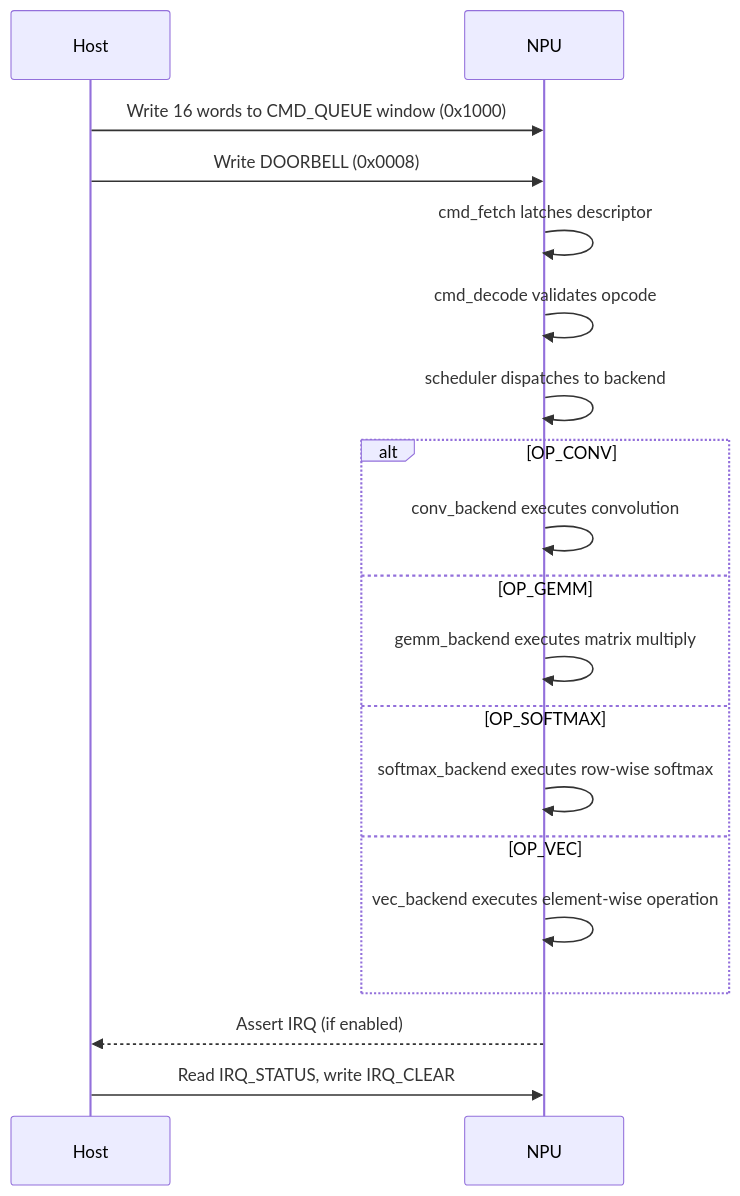
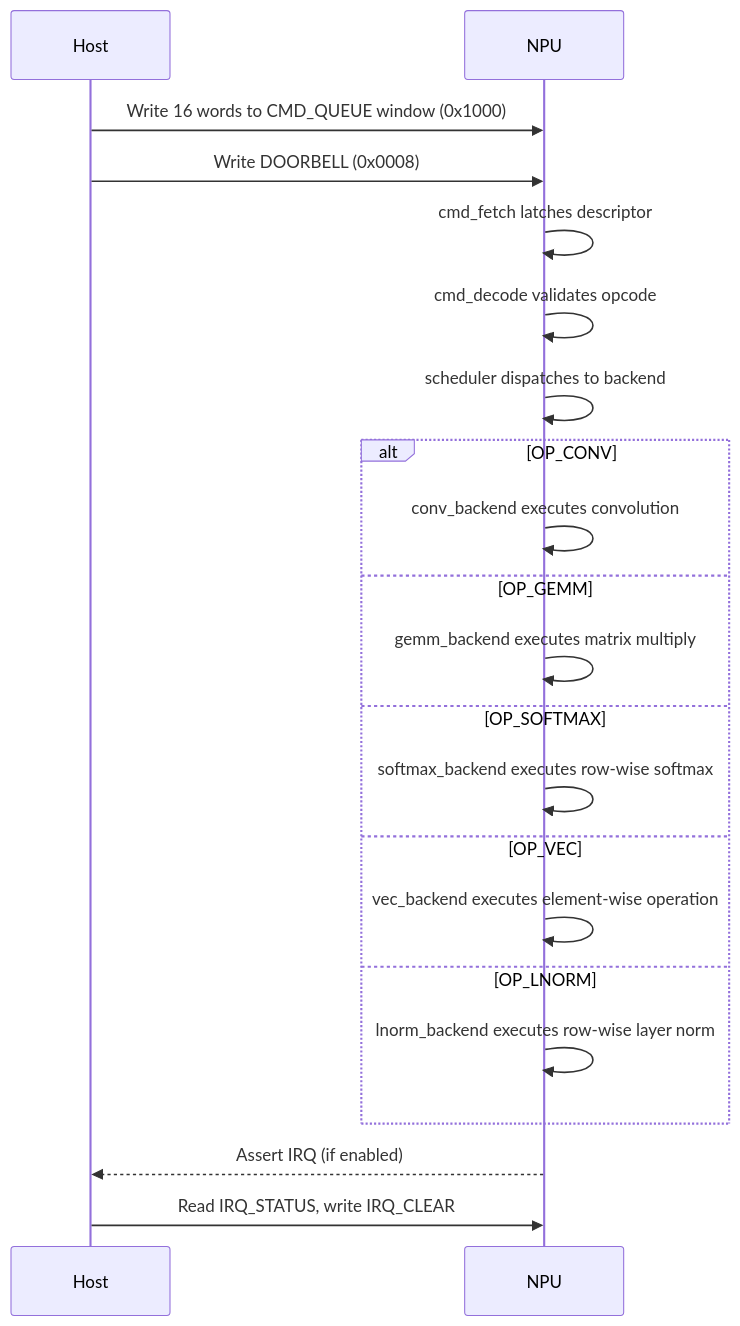
One commit to Arty3/lg-npu changed the diagram in docs/spec/command_format.md. Above: the diagram before and after it, drawn with Mermaid. The commit also changed other lines of this file and 11 other files, not shown here.

````diff
--- a/docs/spec/command_format.md
+++ b/docs/spec/command_format.md
@@ -130,21 +158,23 @@
 ```mermaid
 sequenceDiagram
     participant Host
     participant NPU
     Host->>NPU: Write 16 words to CMD_QUEUE window (0x1000)
     Host->>NPU: Write DOORBELL (0x0008)
     NPU->>NPU: cmd_fetch latches descriptor
     NPU->>NPU: cmd_decode validates opcode
     NPU->>NPU: scheduler dispatches to backend
     alt OP_CONV
         NPU->>NPU: conv_backend executes convolution
     else OP_GEMM
         NPU->>NPU: gemm_backend executes matrix multiply
     else OP_SOFTMAX
         NPU->>NPU: softmax_backend executes row-wise softmax
     else OP_VEC
         NPU->>NPU: vec_backend executes element-wise operation
+    else OP_LNORM
+        NPU->>NPU: lnorm_backend executes row-wise layer norm
     end
     NPU-->>Host: Assert IRQ (if enabled)
     Host->>NPU: Read IRQ_STATUS, write IRQ_CLEAR
 ```
````
